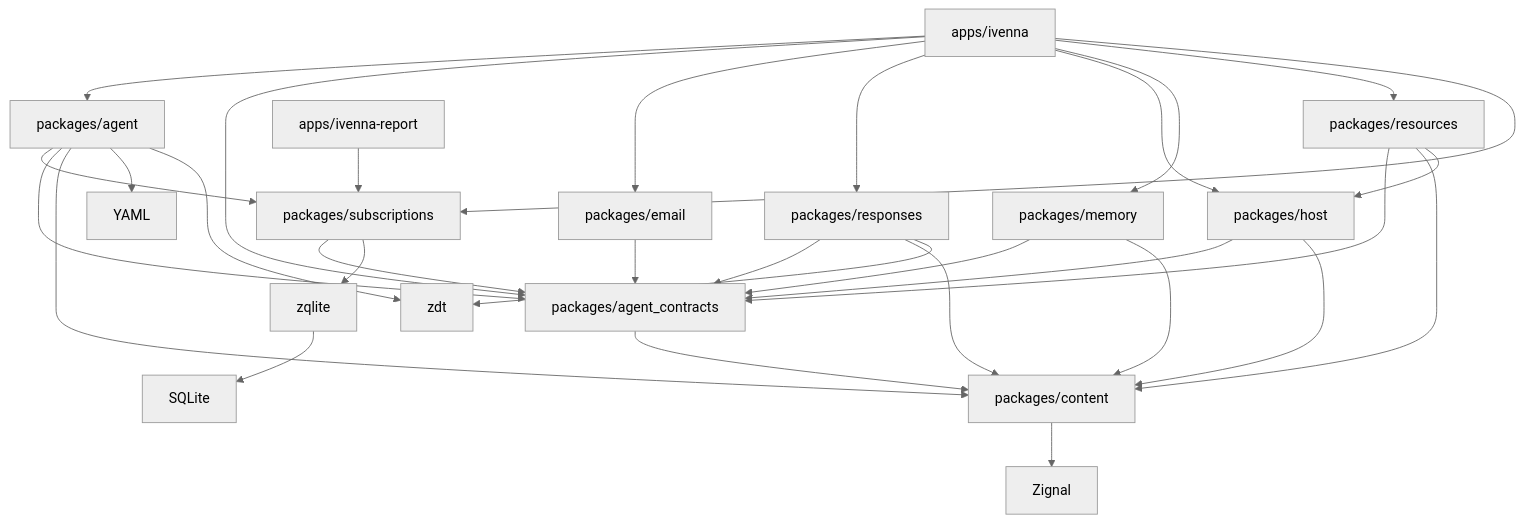
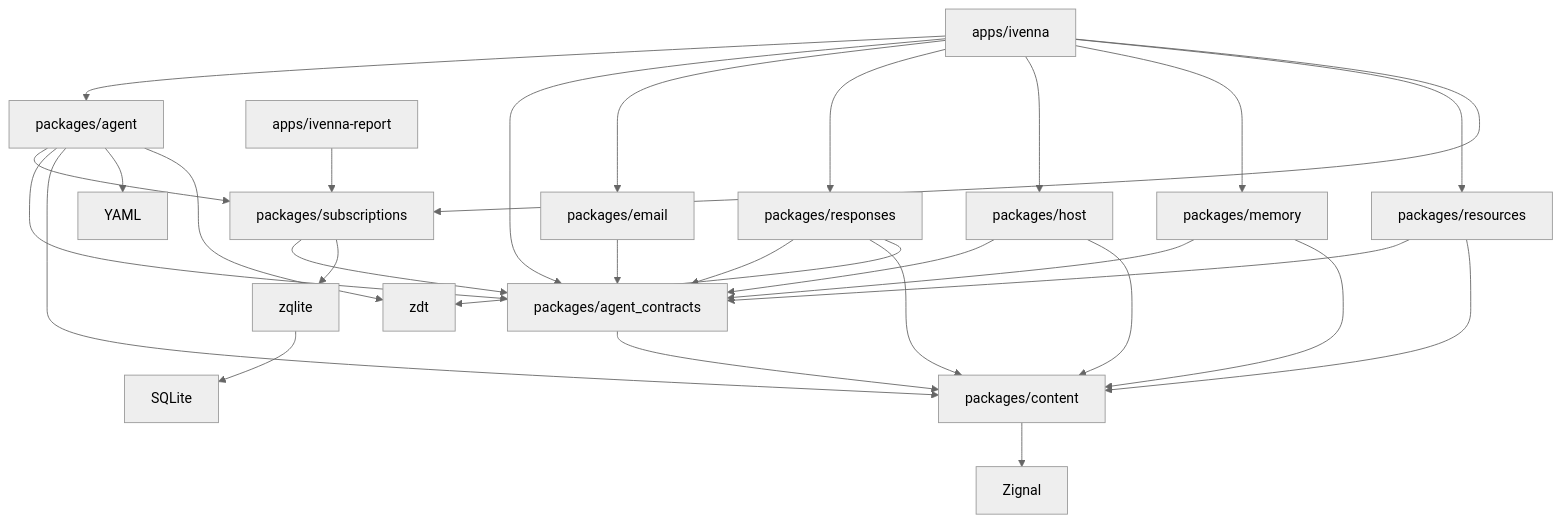
The diagram in docs/architecture.md (Ivenna/Ivenna), drawn with Mermaid (neutral theme) before and after one commit. The commit also changed other lines of this file and 34 other files, not shown here.

````diff
--- a/docs/architecture.md
+++ b/docs/architecture.md
@@ -28,33 +28,32 @@
 ```mermaid
 flowchart TD
     App[apps/ivenna] --> Agent[packages/agent]
     App --> Contracts[packages/agent_contracts]
     App --> Email[packages/email]
     App --> Responses[packages/responses]
     App --> Host[packages/host]
     App --> Memory[packages/memory]
     App --> Resources[packages/resources]
     App --> Subscriptions[packages/subscriptions]
     Report[apps/ivenna-report] --> Subscriptions
     Agent --> Subscriptions
     Subscriptions --> Contracts
     Subscriptions --> Zqlite[zqlite]
     Zqlite --> SQLite[SQLite]
     Agent --> Contracts
     Email --> Contracts
     Responses --> Contracts
     Host --> Contracts
     Memory --> Contracts
     Host --> Content[packages/content]
     Memory --> Content
     Resources --> Contracts
     Resources --> Content
-    Resources --> Host
     Responses --> Content
     Agent --> Content
     Contracts --> Content
     Content --> Zignal[Zignal]
     Agent --> YAML[YAML]
     Agent --> Zdt[zdt]
     Responses --> Zdt
 ```
````
